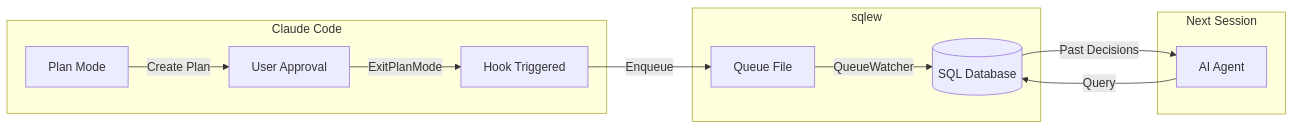
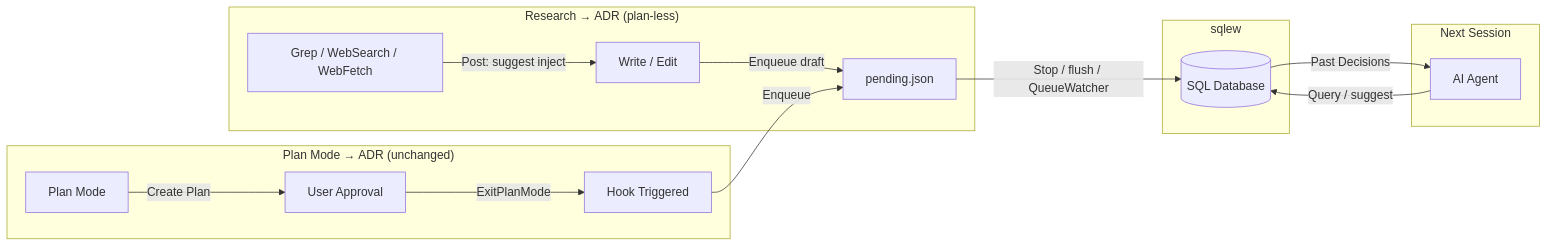
One commit to sqlew-io/sqlew changed the first of 2 diagrams in docs/ADR_CONCEPTS.md. Above: the diagram before and after it, drawn with Mermaid. The commit also changed other lines of this file and 5 other files, not shown here.

First line of the commit message:
docs: document plan-less research→ADR harness workflow (#138)

````diff
--- a/docs/ADR_CONCEPTS.md
+++ b/docs/ADR_CONCEPTS.md
@@ -45,17 +45,22 @@
 ```mermaid
 flowchart LR
-    subgraph Claude Code
+    subgraph PlanLess["Research → ADR (plan-less)"]
+        R[Grep / WebSearch / WebFetch] -->|Post: suggest inject| W[Write / Edit]
+        W -->|Enqueue draft| D[pending.json]
+    end
+
+    subgraph PlanMode["Plan Mode → ADR (unchanged)"]
         A[Plan Mode] -->|Create Plan| B[User Approval]
         B -->|ExitPlanMode| C[Hook Triggered]
+        C -->|Enqueue| D
     end
 
     subgraph sqlew
-        C -->|Enqueue| D[Queue File]
-        D -->|QueueWatcher| E[(SQL Database)]
+        D -->|Stop / flush / QueueWatcher| E[(SQL Database)]
     end
 
     subgraph Next Session
-        F[AI Agent] -->|Query| E
+        F[AI Agent] -->|Query / suggest| E
         E -->|Past Decisions| F
     end
 ```
````
